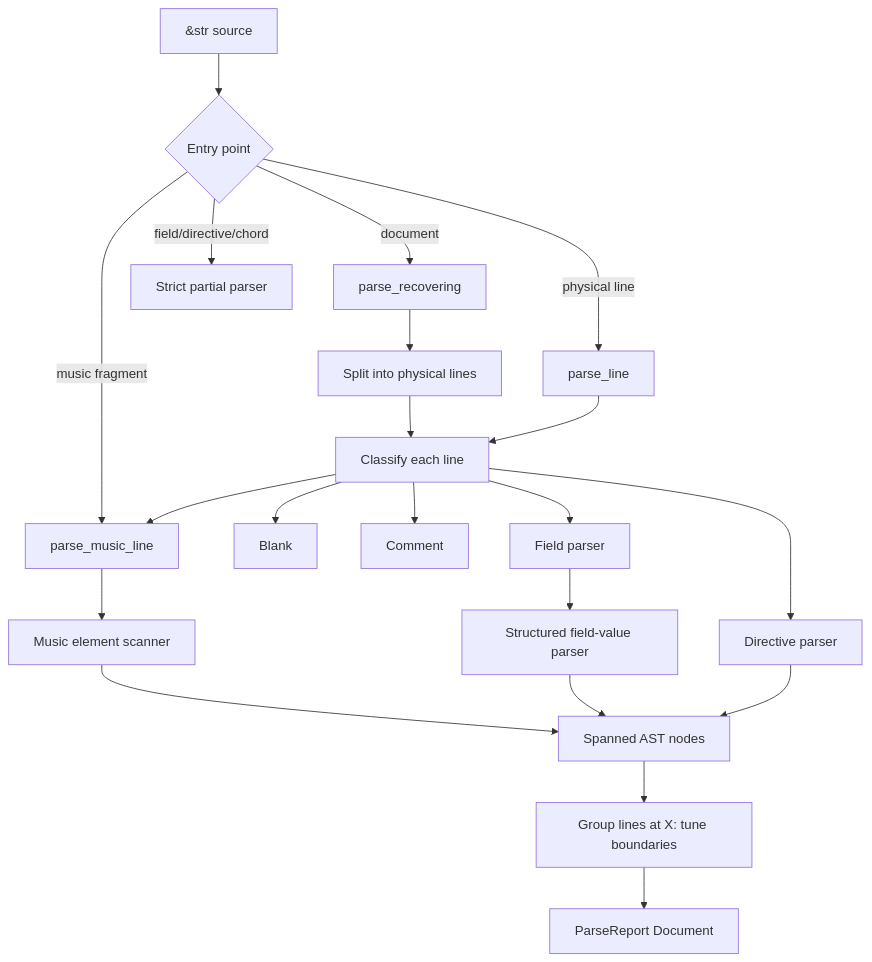
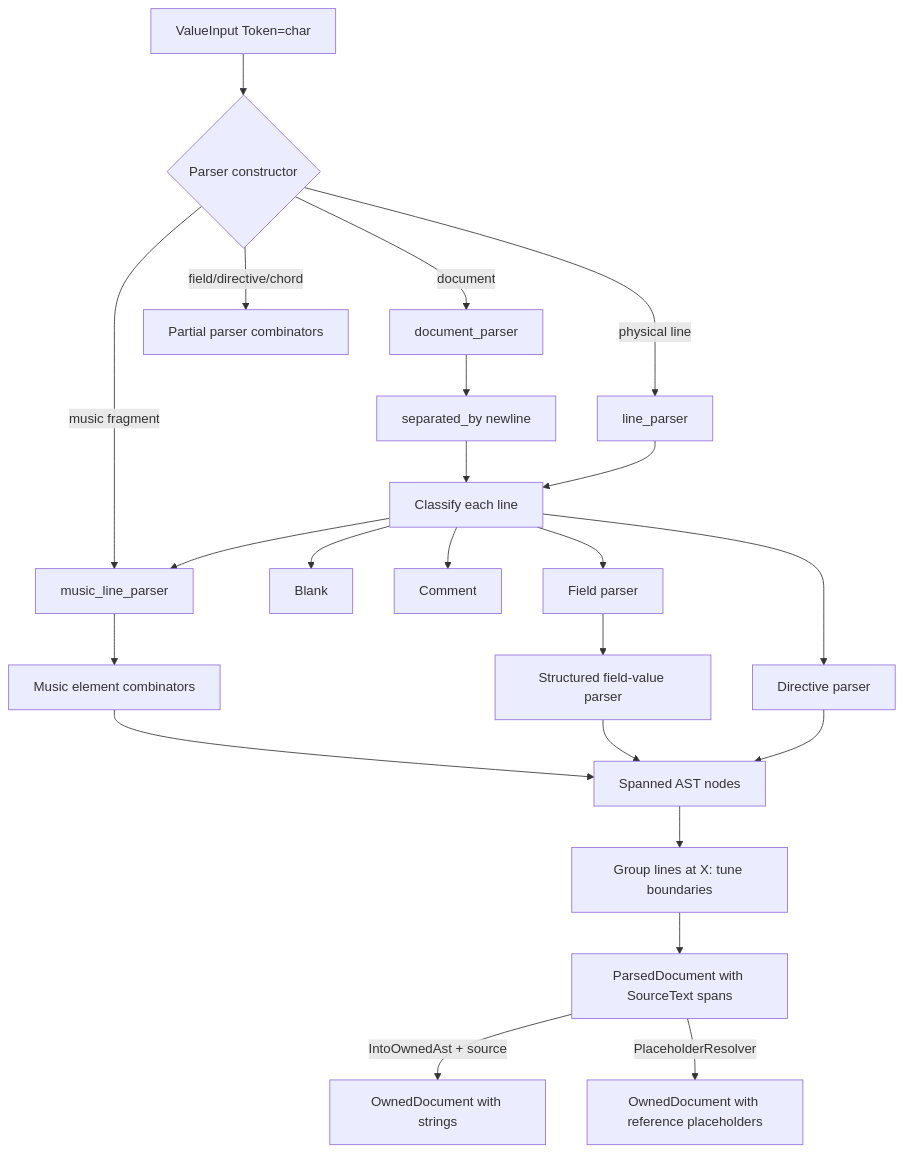
One commit to mauricebarnum/abc-parser changed the first of 4 diagrams in docs/architecture.md. Above: the diagram before and after it, drawn with Mermaid. The commit also changed other lines of this file and 6 other files, not shown here.

First line of the commit message:
refactor: make the ABC AST source-span backed

````diff
--- a/docs/architecture.md
+++ b/docs/architecture.md
@@ -24,23 +32,25 @@
 ```mermaid
 flowchart TD
-    source["&str source"] --> entry{Entry point}
-    entry -->|document| recovering[parse_recovering]
-    entry -->|physical line| line[parse_line]
-    entry -->|music fragment| music[parse_music_line]
-    entry -->|field/directive/chord| partial[Strict partial parser]
-    recovering --> split[Split into physical lines]
+    source["ValueInput Token=char"] --> entry{Parser constructor}
+    entry -->|document| recovering[document_parser]
+    entry -->|physical line| line[line_parser]
+    entry -->|music fragment| music[music_line_parser]
+    entry -->|field/directive/chord| partial[Partial parser combinators]
+    recovering --> split[separated_by newline]
     split --> classify[Classify each line]
     line --> classify
     classify --> blank[Blank]
     classify --> comment[Comment]
     classify --> directive[Directive parser]
     classify --> field[Field parser]
     classify --> music
     field --> field_value[Structured field-value parser]
-    music --> scan[Music element scanner]
-    scan --> ast[Spanned AST nodes]
+    music --> elements[Music element combinators]
+    elements --> ast[Spanned AST nodes]
     field_value --> ast
     directive --> ast
     ast --> group[Group lines at X: tune boundaries]
-    group --> report[ParseReport Document]
+    group --> parsed[ParsedDocument with SourceText spans]
+    parsed -->|IntoOwnedAst + source| owned[OwnedDocument with strings]
+    parsed -->|PlaceholderResolver| detached[OwnedDocument with reference placeholders]
 ```
````
